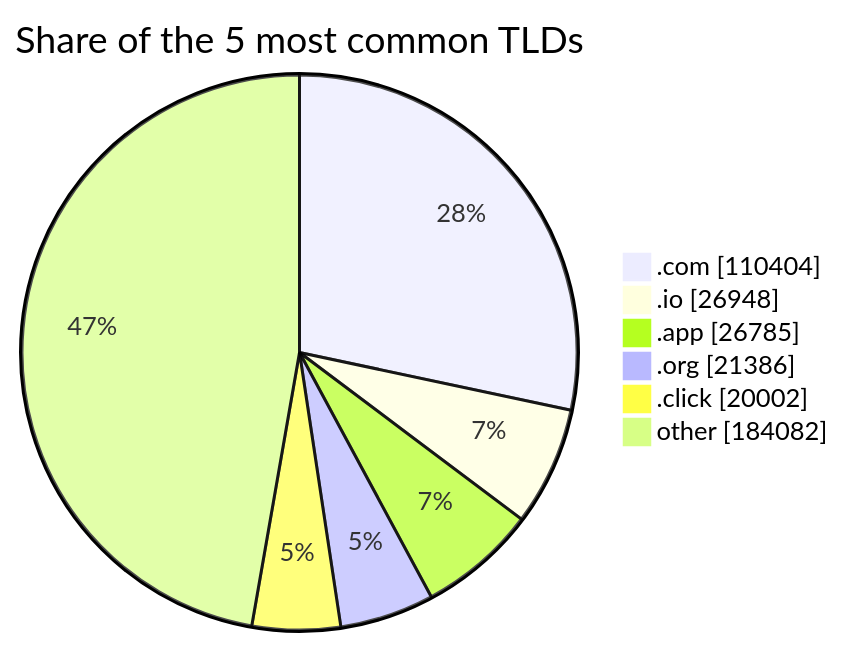
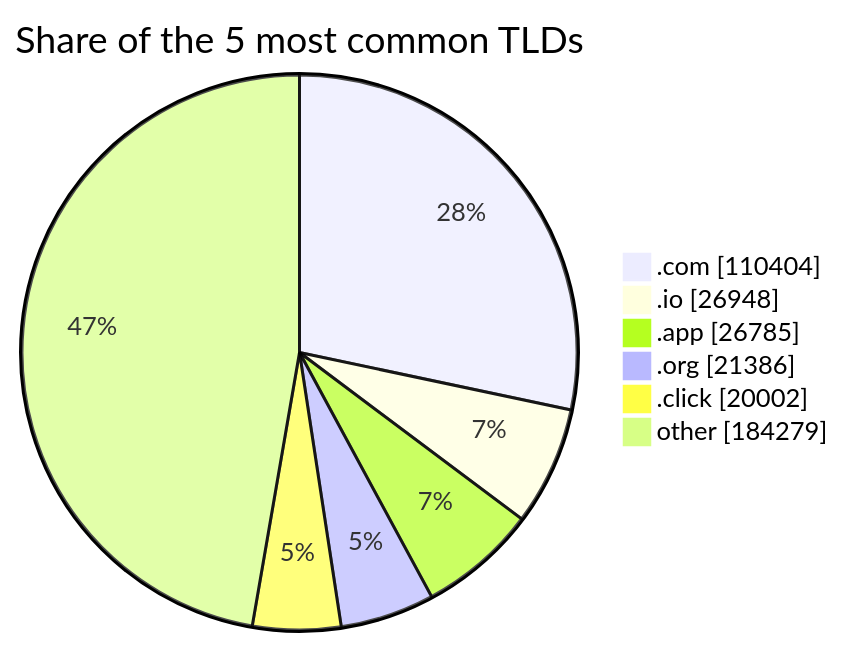
One commit to DNSBunker/CTI changed the third of 3 diagrams in README.md. Above: the diagram before and after it, drawn with Mermaid. The commit also changed other lines of this file and 3 other files, not shown here.

````diff
--- a/README.md
+++ b/README.md
@@ -81,9 +81,9 @@
 ```mermaid
 pie showData title Share of the 5 most common TLDs
     ".com" : 110404
     ".io" : 26948
     ".app" : 26785
     ".org" : 21386
     ".click" : 20002
-    "other" : 184082
+    "other" : 184279
 ```
````
